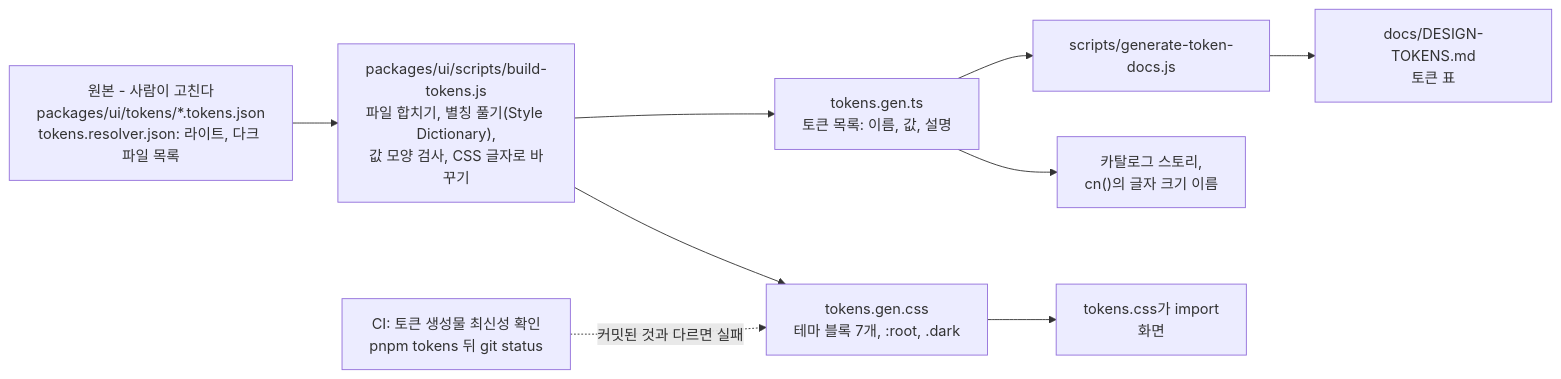
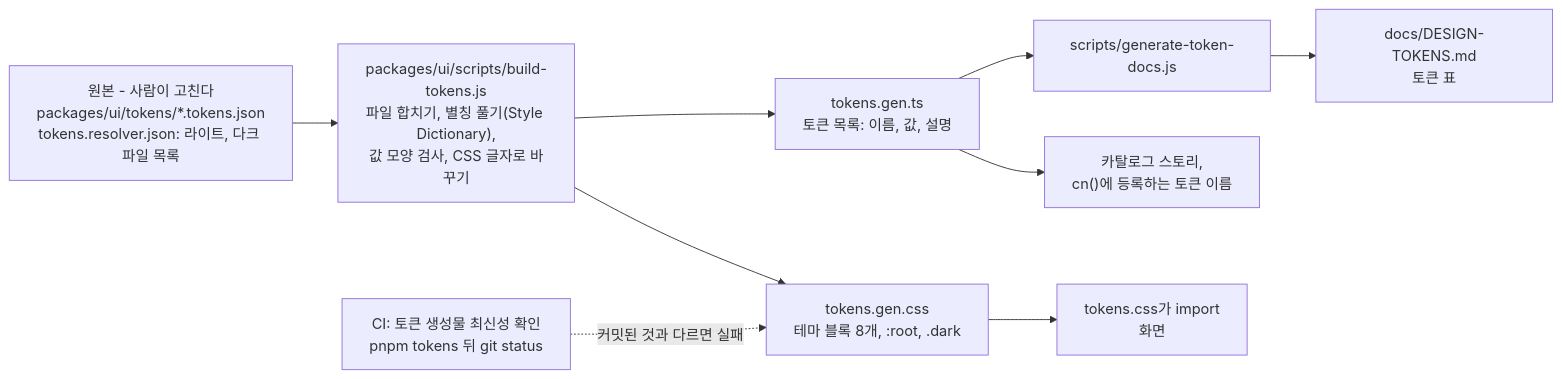
Before and after one commit to BAECHAN/link-sphere_FE_NEW: the third of 3 diagrams in docs/DESIGN-SYSTEM.md, drawn with Mermaid. The commit also changed other lines of this file and 51 other files, not shown here.

````diff
--- a/docs/DESIGN-SYSTEM.md
+++ b/docs/DESIGN-SYSTEM.md
@@ -191,16 +191,16 @@
 ```mermaid
 flowchart LR
     S["원본 - 사람이 고친다<br/>packages/ui/tokens/*.tokens.json<br/>tokens.resolver.json: 라이트, 다크 파일 목록"]
     B["packages/ui/scripts/build-tokens.js<br/>파일 합치기, 별칭 풀기(Style Dictionary),<br/>값 모양 검사, CSS 글자로 바꾸기"]
-    C["tokens.gen.css<br/>테마 블록 7개, :root, .dark"]
+    C["tokens.gen.css<br/>테마 블록 8개, :root, .dark"]
     T["tokens.gen.ts<br/>토큰 목록: 이름, 값, 설명"]
     G["scripts/generate-token-docs.js"]
     D["docs/DESIGN-TOKENS.md<br/>토큰 표"]
     S --> B
     B --> C
     B --> T
     C --> E["tokens.css가 import<br/>화면"]
-    T --> K["카탈로그 스토리,<br/>cn()의 글자 크기 이름"]
+    T --> K["카탈로그 스토리,<br/>cn()에 등록하는 토큰 이름"]
     T --> G --> D
     CI["CI: 토큰 생성물 최신성 확인<br/>pnpm tokens 뒤 git status"] -. "커밋된 것과 다르면 실패" .-> C
 ```
````
